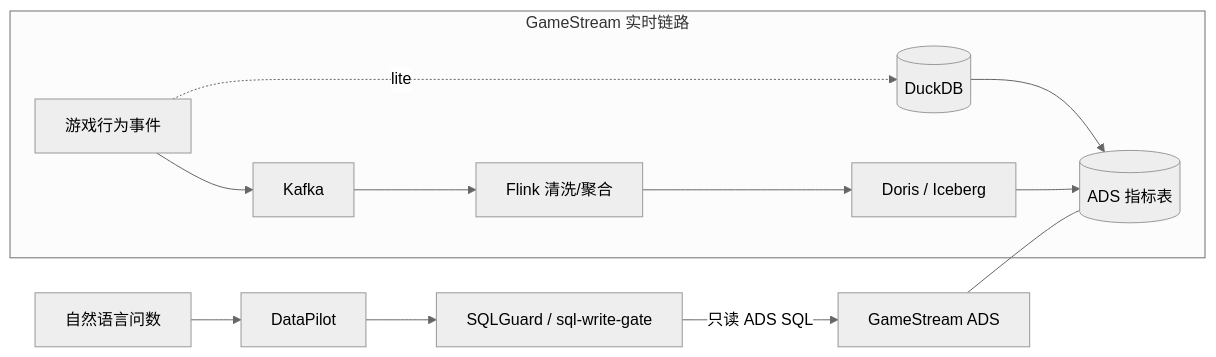
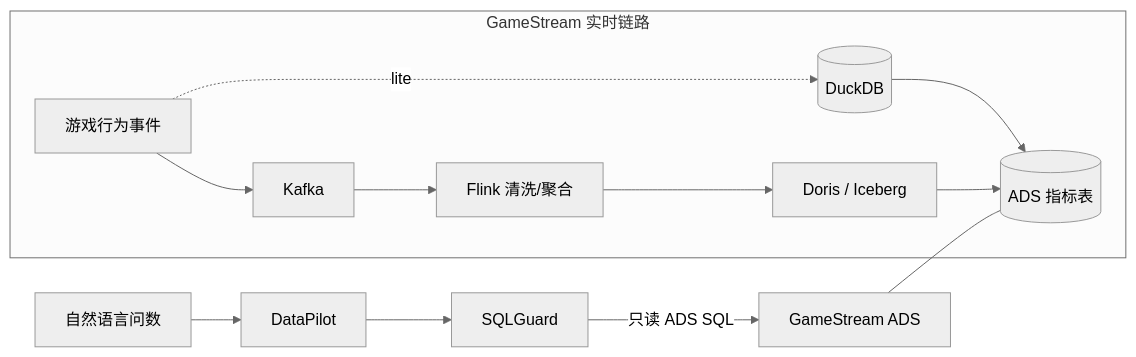
One commit to tangyf07/SQLGuard changed the diagram in README.md. Above: the diagram before and after it, drawn with Mermaid (neutral theme). The commit also changed other lines of this file, not shown here.

Commit message:
docs: unify public name SQLGuard; keep PyPI package sql-write-gate

````diff
--- a/README.md
+++ b/README.md
@@ -19,15 +19,15 @@
 ```mermaid
 flowchart LR
   NL[自然语言问数] --> DP[DataPilot]
-  DP --> SG[SQLGuard / sql-write-gate]
+  DP --> SG[SQLGuard]
   SG -->|只读 ADS SQL| GS[GameStream ADS]
   subgraph GS_pipe [GameStream 实时链路]
     E[游戏行为事件] --> K[Kafka]
     K --> F[Flink 清洗/聚合]
     F --> OLAP[Doris / Iceberg]
     E -. lite .-> DB[(DuckDB)]
     DB --> ADS[(ADS 指标表)]
     OLAP --> ADS
   end
   GS --- ADS
 ```
````
